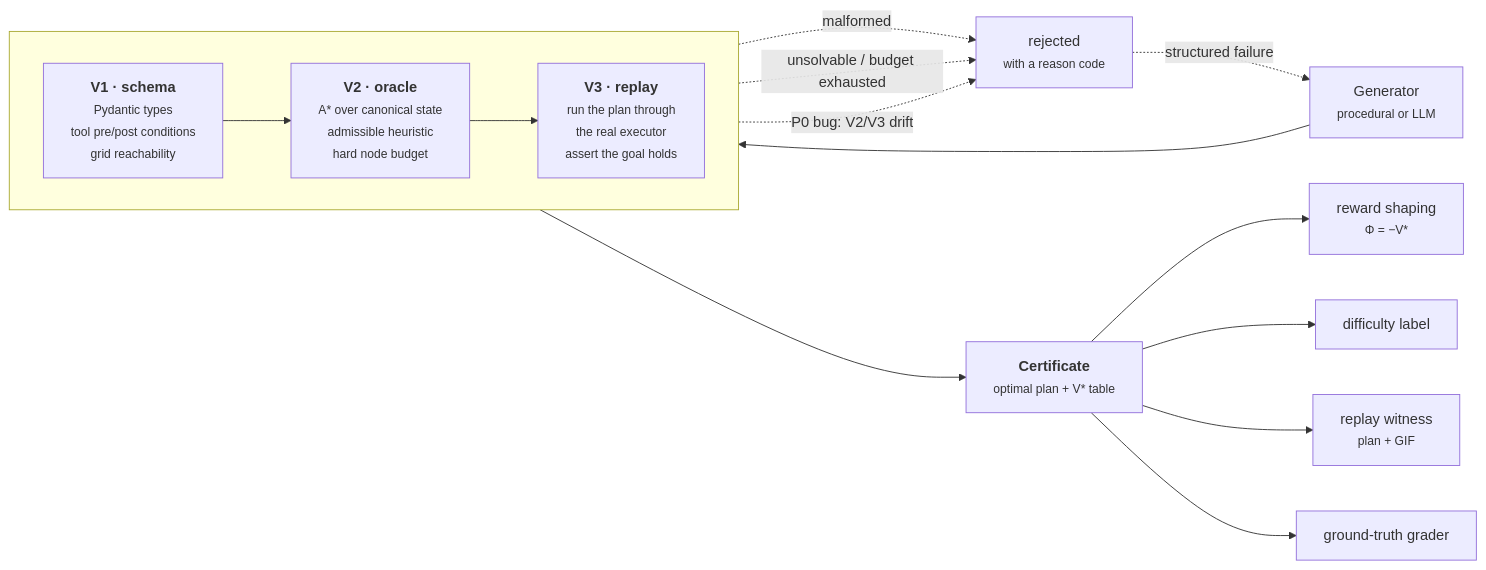
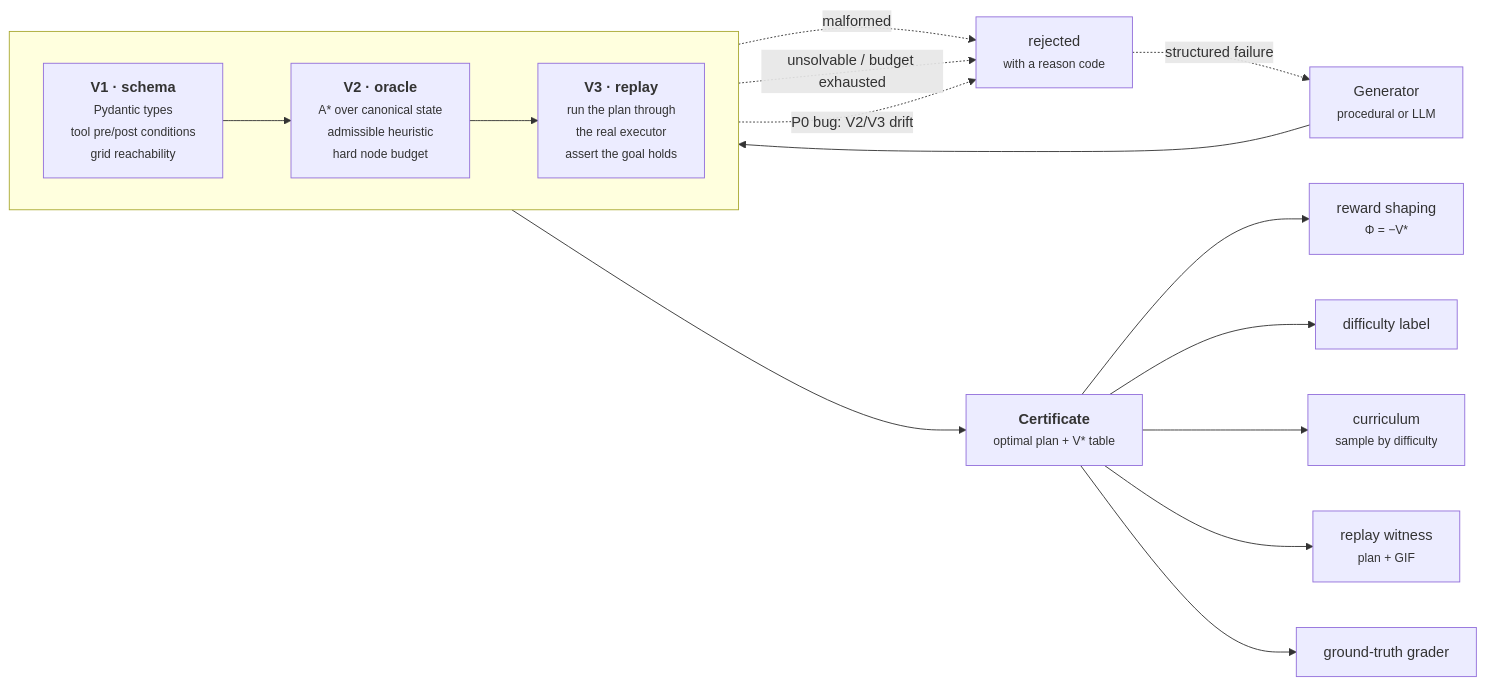
Before and after one commit to BrandanBurgess/taskforge: the diagram in README.md, drawn with Mermaid. The commit also changed other lines of this file, not shown here.

Commit message:
README: curriculum as an explicit fifth oracle reuse, in prose and diagram

````diff
--- a/README.md
+++ b/README.md
@@ -46,23 +46,24 @@
 ```mermaid
 flowchart LR
   G["Generator<br/><small>procedural or LLM</small>"] --> V1
 
   subgraph verify [" "]
     direction LR
     V1["<b>V1 · schema</b><br/><small>Pydantic types<br/>tool pre/post conditions<br/>grid reachability</small>"]
     V2["<b>V2 · oracle</b><br/><small>A* over canonical state<br/>admissible heuristic<br/>hard node budget</small>"]
     V3["<b>V3 · replay</b><br/><small>run the plan through<br/>the real executor<br/>assert the goal holds</small>"]
     V1 --> V2 --> V3
   end
 
   V1 -. "malformed" .-> R["rejected<br/><small>with a reason code</small>"]
   V2 -. "unsolvable / budget exhausted" .-> R
   V3 -. "P0 bug: V2/V3 drift" .-> R
   R -. "structured failure" .-> G
 
   V3 --> C["<b>Certificate</b><br/><small>optimal plan + V* table</small>"]
   C --> S["reward shaping<br/><small>Φ = −V*</small>"]
   C --> D["difficulty label"]
+  C --> U["curriculum<br/><small>sample by difficulty</small>"]
   C --> W["replay witness<br/><small>plan + GIF</small>"]
   C --> E["ground-truth grader"]
 ```
````
